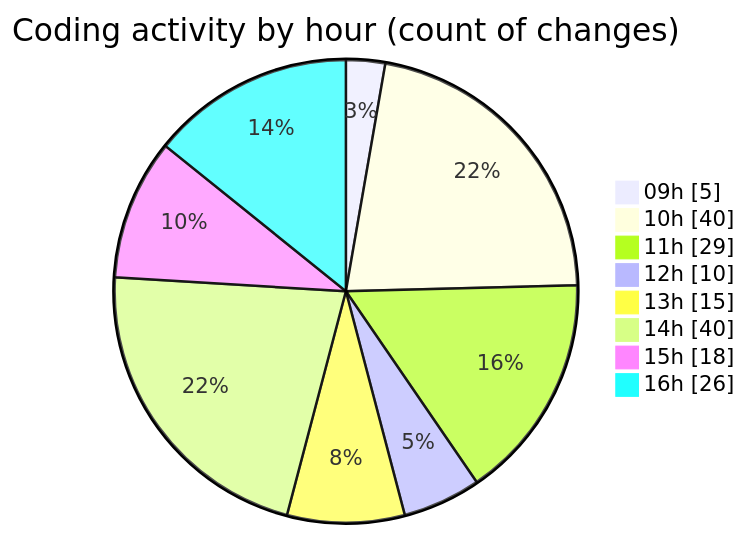
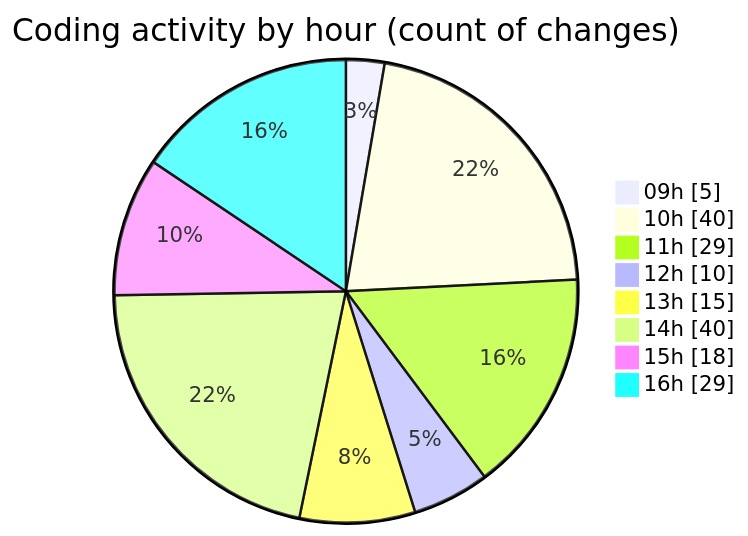
The second of 2 diagrams in 2025-06-02/ecodeli-1/README.md (CELIANVF/code-tracking), drawn with Mermaid before and after one commit. The commit also changed other lines of this file and 1 other file, not shown here.

````diff
--- a/2025-06-02/ecodeli-1/README.md
+++ b/2025-06-02/ecodeli-1/README.md
@@ -103,12 +104,12 @@
 ```mermaid
 pie showData
 title Coding activity by hour (count of changes)
 "09h" : 5
 "10h" : 40
 "11h" : 29
 "12h" : 10
 "13h" : 15
 "14h" : 40
 "15h" : 18
-"16h" : 26
+"16h" : 29
 ```
````
